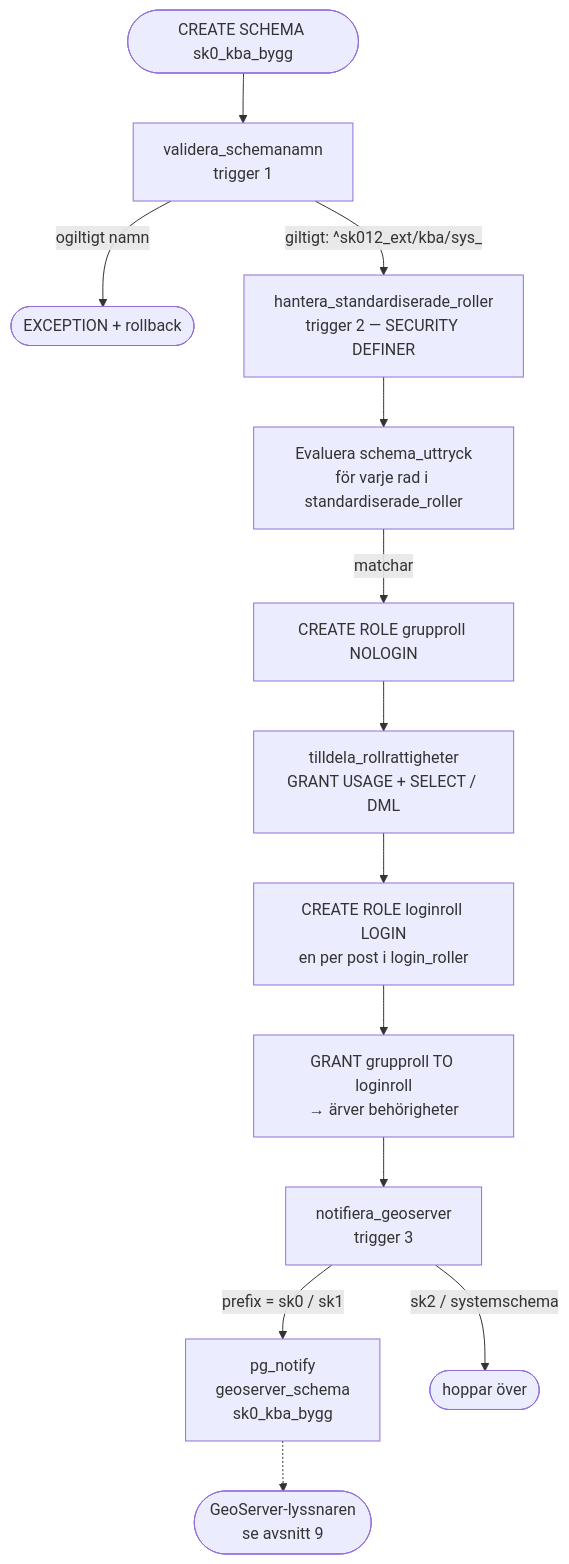
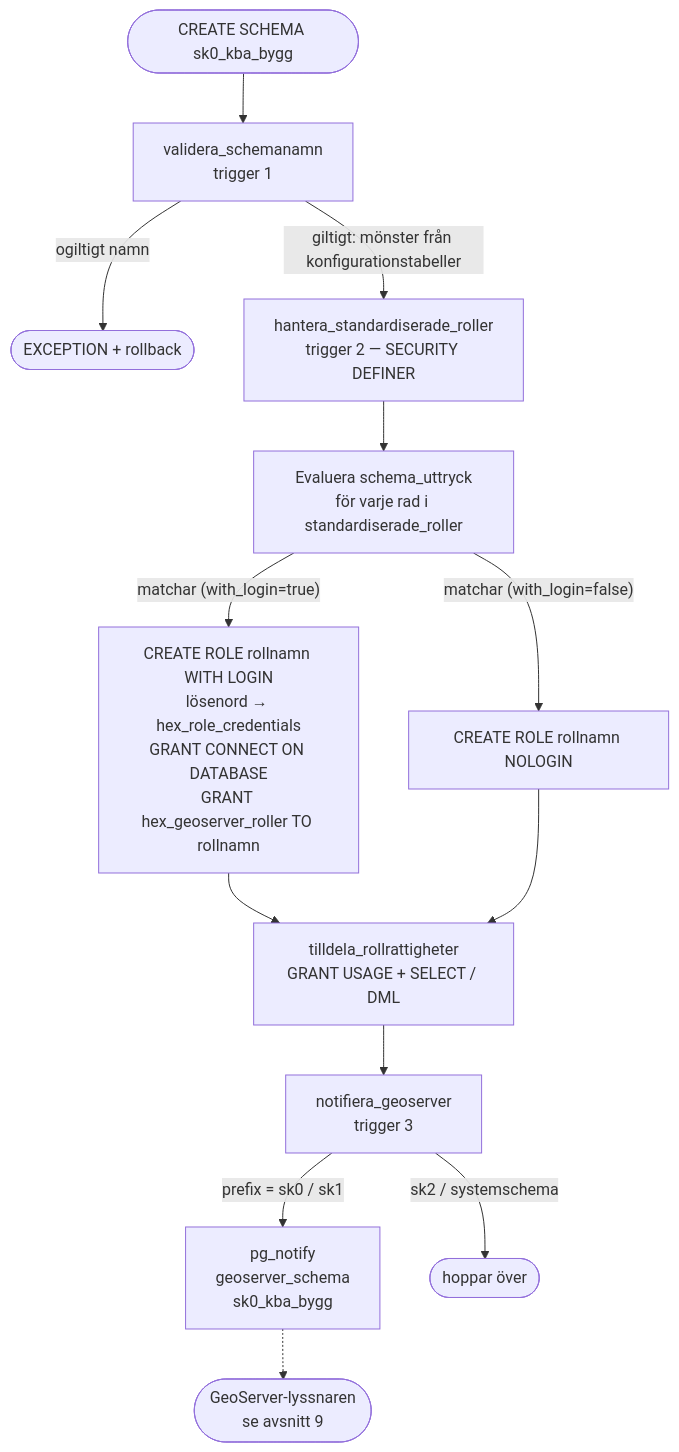
Before and after one commit to Geodata-Kungsbacka/Hex: the second of 9 diagrams in LOGIC_MAP.md, drawn with Mermaid. The commit also changed other lines of this file, not shown here.

````diff
--- a/LOGIC_MAP.md
+++ b/LOGIC_MAP.md
@@ -155,19 +152,19 @@
 ```mermaid
 flowchart TD
     START(["CREATE SCHEMA sk0_kba_bygg"])
     START --> VS["validera_schemanamn<br/>trigger 1"]
     VS --> |"ogiltigt namn"| ERRV(["EXCEPTION + rollback"])
-    VS --> |"giltigt: ^sk012_ext/kba/sys_"| HSR
+    VS --> |"giltigt: mönster från konfigurationstabeller"| HSR
 
     HSR["hantera_standardiserade_roller<br/>trigger 2 — SECURITY DEFINER"]
     HSR --> LOOP["Evaluera schema_uttryck<br/>för varje rad i standardiserade_roller"]
-    LOOP --> |matchar| GRP["CREATE ROLE grupproll NOLOGIN"]
-    GRP --> TRR["tilldela_rollrattigheter<br/>GRANT USAGE + SELECT / DML"]
-    TRR --> LGN["CREATE ROLE loginroll LOGIN<br/>en per post i login_roller"]
-    LGN --> LGRANT["GRANT grupproll TO loginroll<br/>→ ärver behörigheter"]
+    LOOP --> |"matchar (with_login=true)"| LOGIN["CREATE ROLE rollnamn WITH LOGIN<br/>lösenord → hex_role_credentials<br/>GRANT CONNECT ON DATABASE<br/>GRANT hex_geoserver_roller TO rollnamn"]
+    LOOP --> |"matchar (with_login=false)"| NOLOGIN["CREATE ROLE rollnamn NOLOGIN"]
+    LOGIN --> TRR["tilldela_rollrattigheter<br/>GRANT USAGE + SELECT / DML"]
+    NOLOGIN --> TRR
 
-    LGRANT --> NG["notifiera_geoserver<br/>trigger 3"]
+    TRR --> NG["notifiera_geoserver<br/>trigger 3"]
     NG --> |"prefix = sk0 / sk1"| NOTIFY["pg_notify<br/>geoserver_schema<br/>sk0_kba_bygg"]
     NG --> |"sk2 / systemschema"| SKIP(["hoppar över"])
     NOTIFY -.-> GS(["GeoServer-lyssnaren<br/>se avsnitt 9"])
 ```
````
